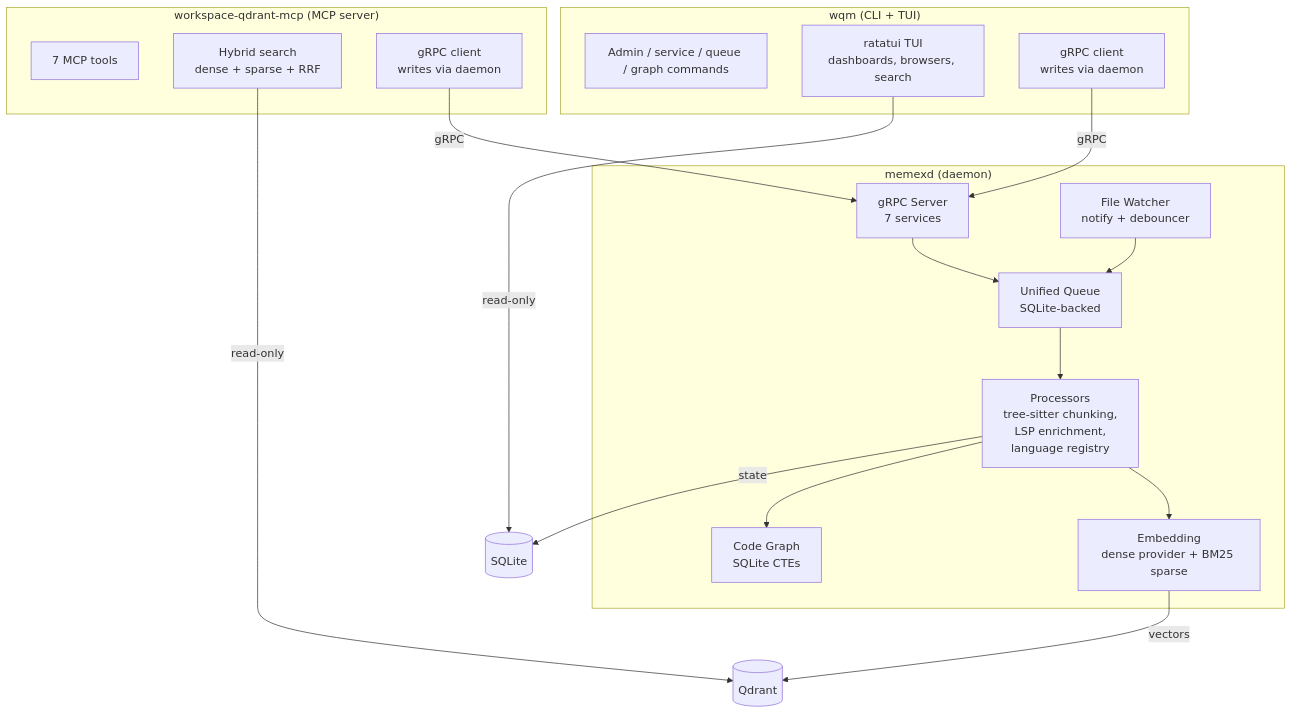
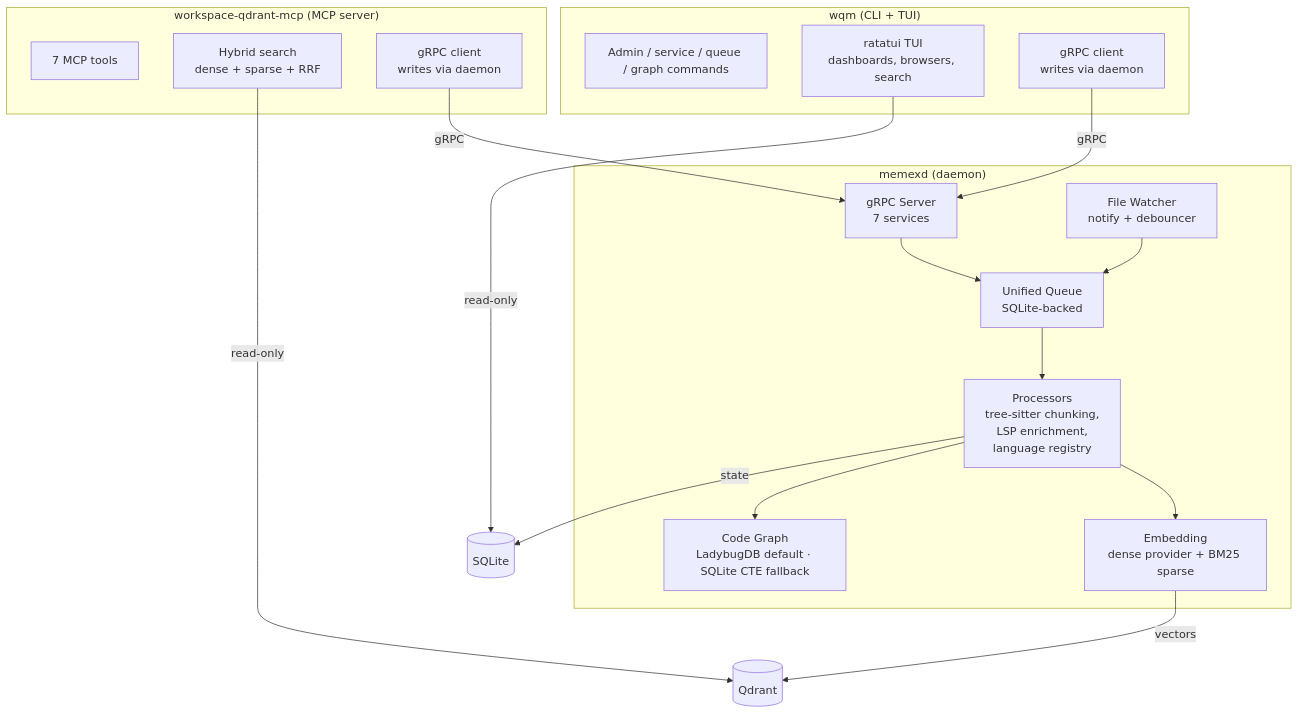
The second of 5 diagrams in docs/ARCHITECTURE.md (ChrisGVE/workspace-qdrant-mcp), drawn with Mermaid before and after one commit. The commit also changed 1 other file, not shown here.

Commit message:
docs(graph): record LadybugDB as the default backend (A0.7)
- ARCHITECTURE.md: the daemon's Code Graph node now reads 'LadybugDB default ·
  SQLite CTE fallback' instead of 'SQLite CTEs'.
- specs/14-future-development.md: status banner noting ladybug is the shipped
  default, SQLite is the fallback (graph.backend: sqlite / --no-default-features
  --features sqlite), and both are held equivalent by the conformance suite.

(No project-root CLAUDE.md exists, so the task's CLAUDE.md note is N/A; build
notes live in the Cargo.toml feature comments and specs/14.)

````diff
--- a/docs/ARCHITECTURE.md
+++ b/docs/ARCHITECTURE.md
@@ -73,36 +73,36 @@
 ```mermaid
 graph TB
     subgraph "memexd (daemon)"
         D_gRPC[gRPC Server<br/>7 services]
         D_Watch[File Watcher<br/>notify + debouncer]
         D_Queue[Unified Queue<br/>SQLite-backed]
         D_Proc[Processors<br/>tree-sitter chunking,<br/>LSP enrichment,<br/>language registry]
         D_Embed[Embedding<br/>dense provider + BM25 sparse]
-        D_Graph[Code Graph<br/>SQLite CTEs]
+        D_Graph[Code Graph<br/>LadybugDB default · SQLite CTE fallback]
 
         D_gRPC --> D_Queue
         D_Watch --> D_Queue
         D_Queue --> D_Proc
         D_Proc --> D_Embed
         D_Proc --> D_Graph
     end
 
     subgraph "workspace-qdrant-mcp (MCP server)"
         M_Tools[7 MCP tools]
         M_Search[Hybrid search<br/>dense + sparse + RRF]
         M_Client[gRPC client<br/>writes via daemon]
     end
 
     subgraph "wqm (CLI + TUI)"
         C_Admin[Admin / service / queue / graph commands]
         C_TUI[ratatui TUI<br/>dashboards, browsers, search]
         C_Client[gRPC client<br/>writes via daemon]
     end
 
     D_Embed -->|vectors| Qdrant[(Qdrant)]
     D_Proc -->|state| SQLite[(SQLite)]
     M_Search -->|read-only| Qdrant
     M_Client -->|gRPC| D_gRPC
     C_Client -->|gRPC| D_gRPC
     C_TUI -->|read-only| SQLite
 ```
````
